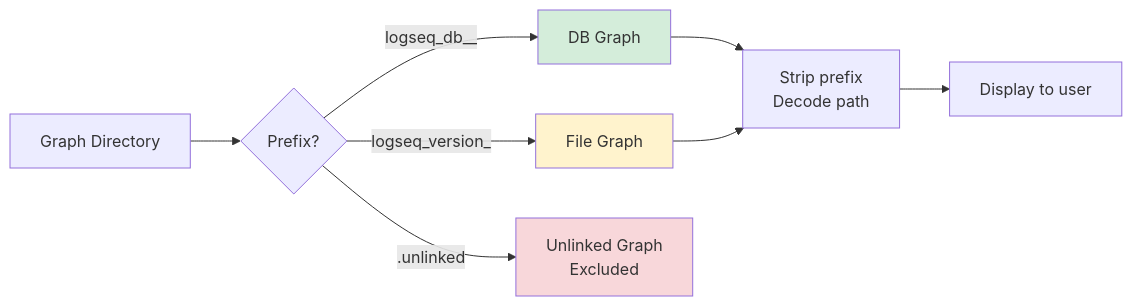
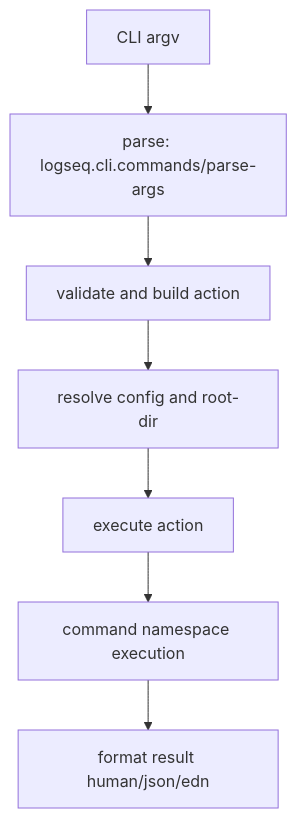
Before and after one commit to hdansou/logseq: the diagram in dz/docs/05-developer-guides/cli-development/developer-guide.md, drawn with Mermaid. The commit also changed other lines of this file and 140 other files, not shown here.

````diff
--- a/dz/docs/05-developer-guides/cli-development/developer-guide.md
+++ b/dz/docs/05-developer-guides/cli-development/developer-guide.md
@@ -848,15 +125,9 @@
 ```mermaid
-graph LR
-    A[Graph Directory] --> B{Prefix?}
-    B -->|logseq_db__| C[DB Graph]
-    B -->|logseq_version_| D[File Graph]
-    B -->|.unlinked| E[Unlinked Graph<br/>Excluded]
-
-    C --> F[Strip prefix<br/>Decode path]
-    D --> F
-    F --> G[Display to user]
-
-    style C fill:#d4edda
-    style D fill:#fff3cd
-    style E fill:#f8d7da
+flowchart TD
+  A[CLI argv] --> B[parse: logseq.cli.commands/parse-args]
+  B --> C[validate and build action]
+  C --> D[resolve config and root-dir]
+  D --> E[execute action]
+  E --> F[command namespace execution]
+  F --> G[format result human/json/edn]
 ```
````
